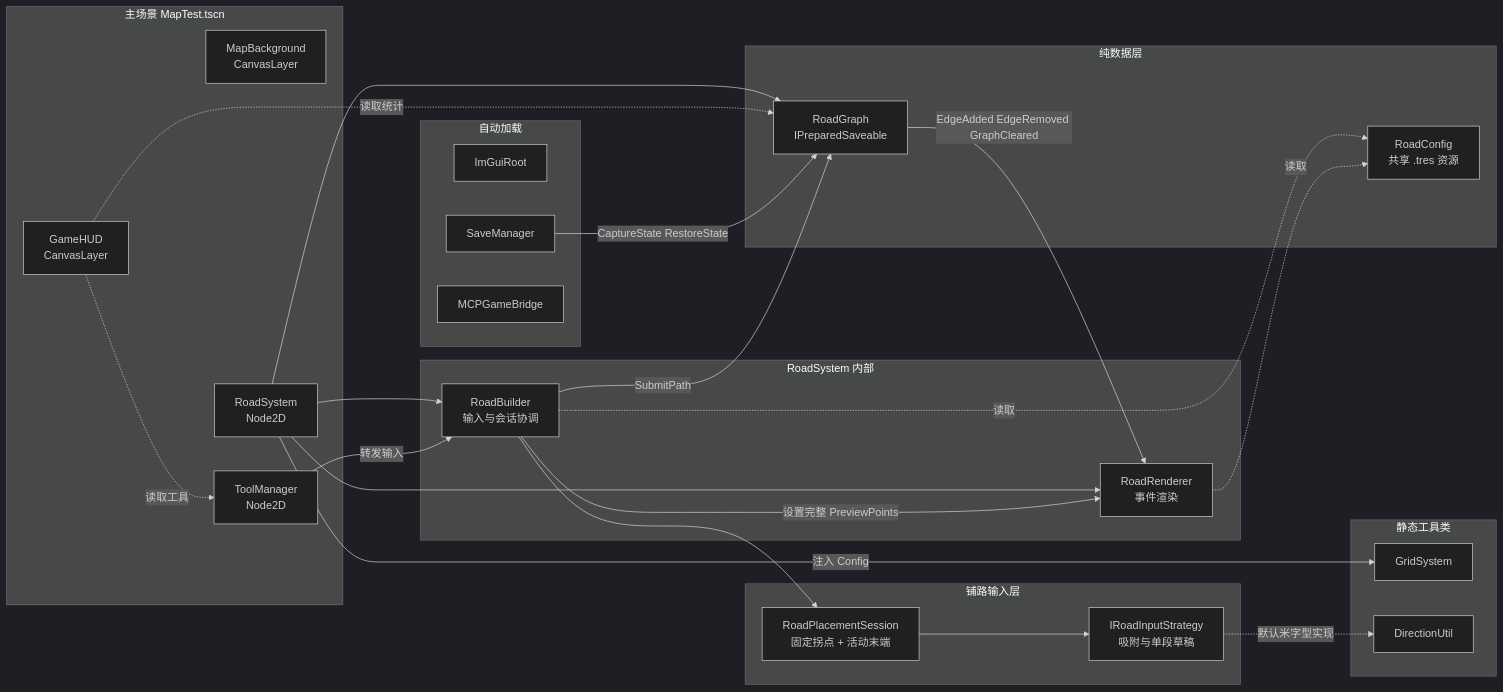
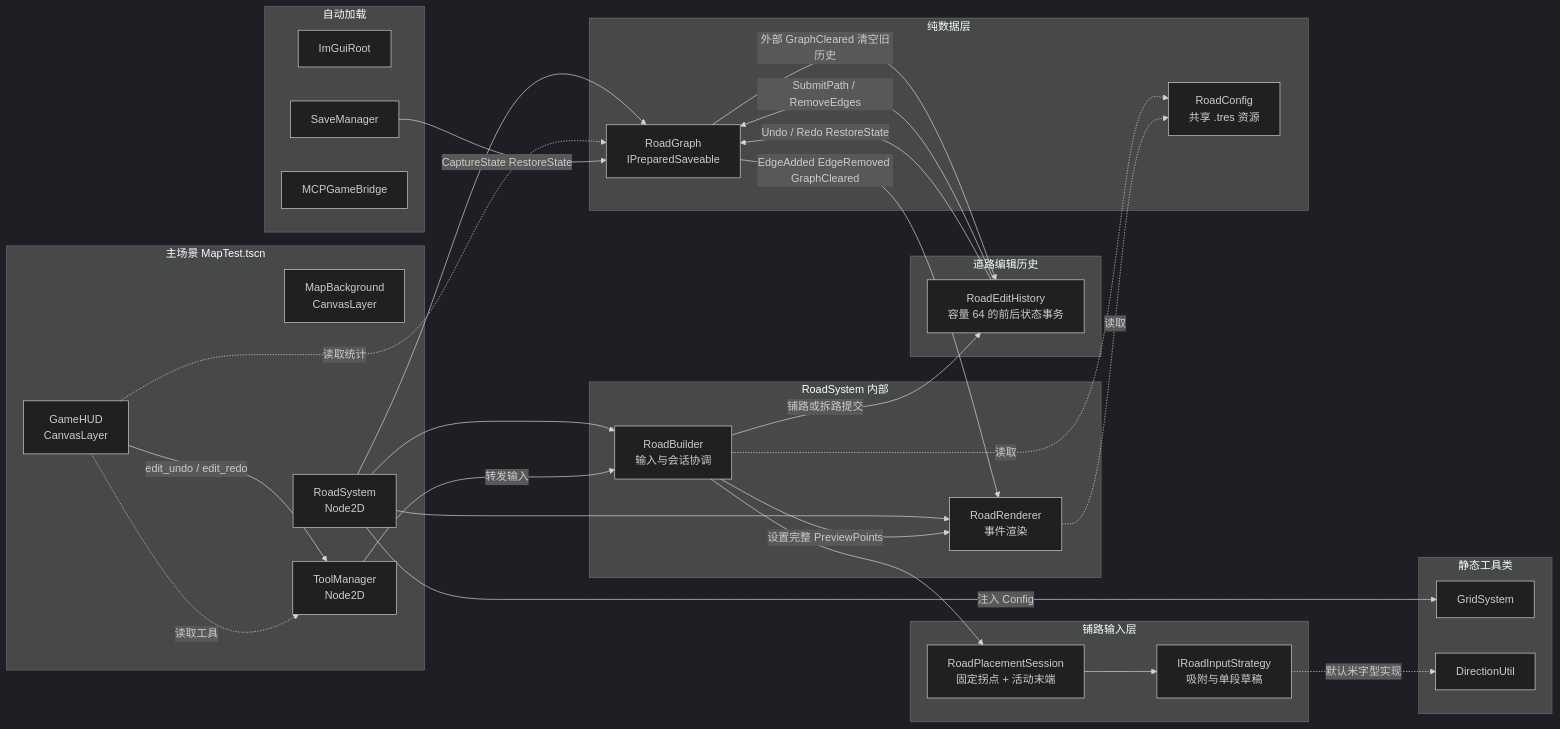
One commit to xianfishyu/SimpleCities changed the first of 9 diagrams in docs/reference/game-logic.md. Above: the diagram before and after it, drawn with Mermaid (dark theme). The commit also changed other lines of this file and 17 other files, not shown here.

````diff
--- a/docs/reference/game-logic.md
+++ b/docs/reference/game-logic.md
@@ -11,57 +11,65 @@
 ```mermaid
 flowchart LR
     subgraph Autoload["自动加载"]
         ImGuiRoot["ImGuiRoot"]
         SaveMgr["SaveManager"]
         MCP["MCPGameBridge"]
     end
 
     subgraph SceneTree["主场景 MapTest.tscn"]
         MapBg["MapBackground<br/>CanvasLayer"]
         RoadSys["RoadSystem<br/>Node2D"]
         ToolMgr["ToolManager<br/>Node2D"]
         GameHUD["GameHUD<br/>CanvasLayer"]
     end
 
     subgraph RoadInternal["RoadSystem 内部"]
         RoadBuilder["RoadBuilder<br/>输入与会话协调"]
         RoadRenderer["RoadRenderer<br/>事件渲染"]
     end
 
     subgraph RoadInput["铺路输入层"]
         Placement["RoadPlacementSession<br/>固定拐点 + 活动末端"]
         Strategy["IRoadInputStrategy<br/>吸附与单段草稿"]
     end
 
+    subgraph EditHistory["道路编辑历史"]
+        History["RoadEditHistory<br/>容量 64 的前后状态事务"]
+    end
+
     subgraph Data["纯数据层"]
         RoadGraph["RoadGraph<br/>IPreparedSaveable"]
         RoadConfig["RoadConfig<br/>共享 .tres 资源"]
     end
 
     subgraph Util["静态工具类"]
         GridSystem["GridSystem"]
         DirectionUtil["DirectionUtil"]
     end
 
     RoadSys --> RoadBuilder
     RoadSys --> RoadRenderer
     RoadSys --> RoadGraph
     RoadSys -->|注入 Config| GridSystem
 
-    RoadBuilder -->|SubmitPath| RoadGraph
+    RoadBuilder -->|铺路或拆路提交| History
+    History -->|SubmitPath / RemoveEdges| RoadGraph
+    History -->|Undo / Redo RestoreState| RoadGraph
     RoadBuilder -->|设置完整 PreviewPoints| RoadRenderer
     RoadBuilder -.读取.-> RoadConfig
     RoadBuilder --> Placement
     Placement --> Strategy
     Strategy -.默认米字型实现.-> DirectionUtil
 
     RoadGraph -->|EdgeAdded EdgeRemoved GraphCleared| RoadRenderer
+    RoadGraph -->|外部 GraphCleared 清空旧历史| History
 
     RoadRenderer -.读取.-> RoadConfig
 
     ToolMgr -->|转发输入| RoadBuilder
+    GameHUD -->|edit_undo / edit_redo| ToolMgr
     GameHUD -.读取统计.-> RoadGraph
     GameHUD -.读取工具.-> ToolMgr
 
     SaveMgr -->|CaptureState RestoreState| RoadGraph
 ```
````
